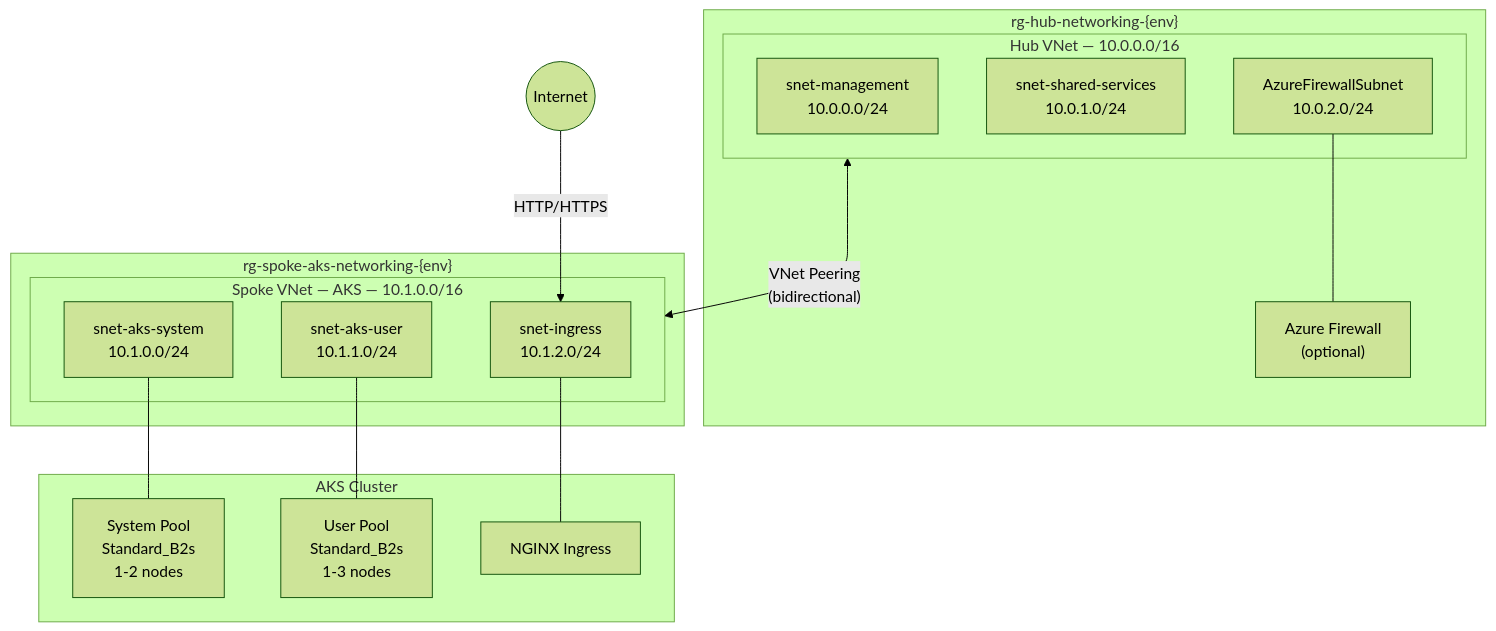
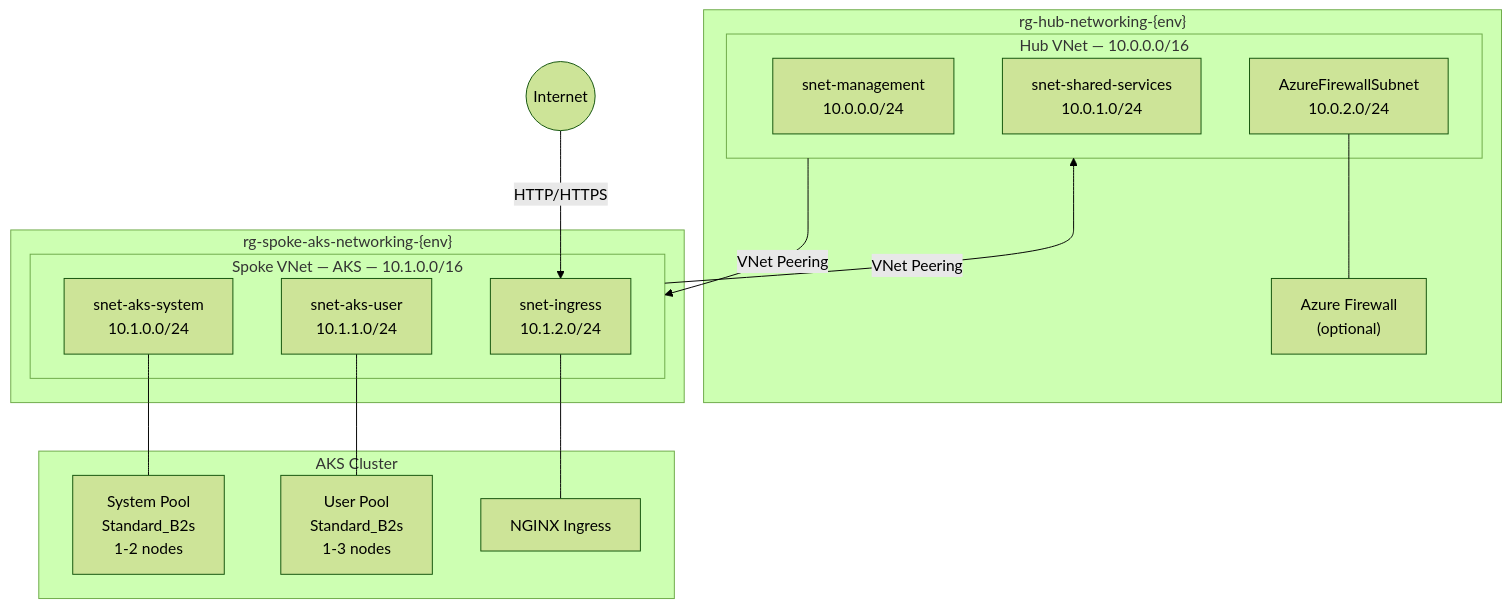
The diagram in wiki/architecture/network-topology.md (Jamonygr/aks-landing-zone-lab), drawn with Mermaid (forest theme) before and after one commit. The commit also changed 1 other file, not shown here.

Commit message:
fix: replace unsupported Mermaid <--> syntax with two directional arrows
GitHub's Mermaid renderer doesn't support bidirectional <--> edges.
Replace with two separate --> arrows in architecture.md and
wiki network-topology.md.

````diff
--- a/wiki/architecture/network-topology.md
+++ b/wiki/architecture/network-topology.md
@@ -7,35 +7,36 @@
 ```mermaid
 graph TB
     Internet((Internet))
 
     subgraph HubRG["rg-hub-networking-{env}"]
         subgraph HubVNet["Hub VNet — 10.0.0.0/16"]
             MGT["snet-management<br/>10.0.0.0/24"]
             SS["snet-shared-services<br/>10.0.1.0/24"]
             FWSN["AzureFirewallSubnet<br/>10.0.2.0/24"]
         end
         FW["Azure Firewall<br/>(optional)"]
     end
 
     subgraph SpokeRG["rg-spoke-aks-networking-{env}"]
         subgraph SpokeVNet["Spoke VNet — AKS — 10.1.0.0/16"]
             SYS["snet-aks-system<br/>10.1.0.0/24"]
             USR["snet-aks-user<br/>10.1.1.0/24"]
             ING["snet-ingress<br/>10.1.2.0/24"]
         end
     end
 
     subgraph AKSCluster["AKS Cluster"]
         SysPool["System Pool<br/>Standard_B2s<br/>1-2 nodes"]
         UserPool["User Pool<br/>Standard_B2s<br/>1-3 nodes"]
         NGINX["NGINX Ingress"]
     end
 
     Internet -->|HTTP/HTTPS| ING
     ING --- NGINX
     SYS --- SysPool
     USR --- UserPool
     FWSN --- FW
 
-    HubVNet <-->|"VNet Peering<br/>(bidirectional)"| SpokeVNet
+    HubVNet -->|"VNet Peering"| SpokeVNet
+    SpokeVNet -->|"VNet Peering"| HubVNet
 ```
````
